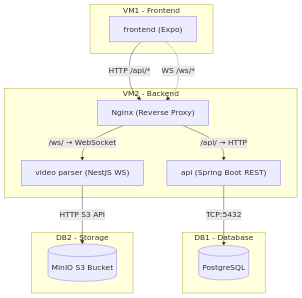
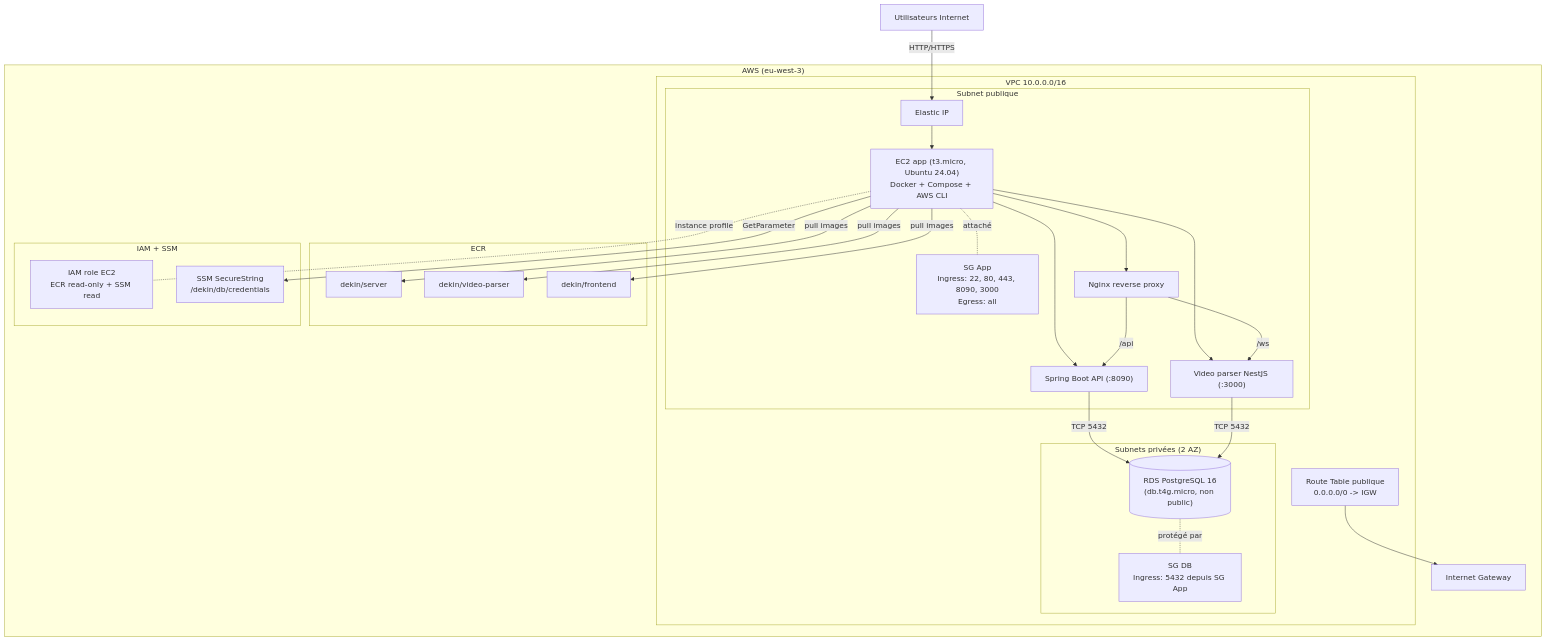
The diagram in DIAGRAM.md (Dekin-Ydays/infrastructure), drawn with Mermaid before and after one commit. The commit also changed 37 other files, not shown here.

````diff
--- a/DIAGRAM.md
+++ b/DIAGRAM.md
@@ -1,29 +1,62 @@
 ```mermaid
 flowchart TB
-    subgraph VM1["VM1 - Frontend"]
-        front["frontend (Expo)"]
+    user["Utilisateurs Internet"]
+
+    subgraph AWS["AWS (eu-west-3)"]
+        igw["Internet Gateway"]
+
+        subgraph VPC["VPC 10.0.0.0/16"]
+            rt["Route Table publique\n0.0.0.0/0 -> IGW"]
+
+            subgraph PUB["Subnet publique"]
+                eip["Elastic IP"]
+                ec2["EC2 app (t3.micro, Ubuntu 24.04)\nDocker + Compose + AWS CLI"]
+                sgapp["SG App\nIngress: 22, 80, 443, 8090, 3000\nEgress: all"]
+
+                nginx["Nginx reverse proxy"]
+                api["Spring Boot API (:8090)"]
+                parser["Video parser NestJS (:3000)"]
+
+                ec2 --> nginx
+                ec2 --> api
+                ec2 --> parser
+            end
+
+            subgraph PRIV["Subnets privées (2 AZ)"]
+                dbsg["SG DB\nIngress: 5432 depuis SG App"]
+                rds[("RDS PostgreSQL 16\n(db.t4g.micro, non public)")]
+            end
+        end
+
+        subgraph REG["ECR"]
+            ecr1["dekin/server"]
+            ecr2["dekin/video-parser"]
+            ecr3["dekin/frontend"]
+        end
+
+        subgraph SEC["IAM + SSM"]
+            role["IAM role EC2\nECR read-only + SSM read"]
+            ssm["SSM SecureString\n/dekin/db/credentials"]
+        end
     end
 
-    subgraph VM2["VM2 - Backend"]
-        nginx["Nginx (Reverse Proxy)"]
-        api["api (Spring Boot REST)"]
-        parser["video parser (NestJS WS)"]
+    user -->|"HTTP/HTTPS"| eip
+    eip --> ec2
+    rt --> igw
 
-        nginx -->|"/api/ → HTTP"| api
-        nginx -->|"/ws/ → WebSocket"| parser
-    end
+    ec2 -. "attaché" .- sgapp
+    rds -. "protégé par" .- dbsg
 
-    subgraph DB1["DB1 - Database"]
-        postgres[(PostgreSQL)]
-    end
+    nginx -->|"/api"| api
+    nginx -->|"/ws"| parser
 
-    subgraph DB2["DB2 - Storage"]
-        minio[(MinIO S3 Bucket)]
-    end
+    api -->|"TCP 5432"| rds
+    parser -->|"TCP 5432"| rds
 
-    front -->|"HTTP /api/*"| nginx
-    front -.->|"WS /ws/*"| nginx
+    ec2 -->|"pull images"| ecr1
+    ec2 -->|"pull images"| ecr2
+    ec2 -->|"pull images"| ecr3
 
-    api -->|"TCP:5432"| postgres
-    parser -->|"HTTP S3 API"| minio
+    ec2 -->|"GetParameter"| ssm
+    ec2 -. "instance profile" .- role
 ```
````
